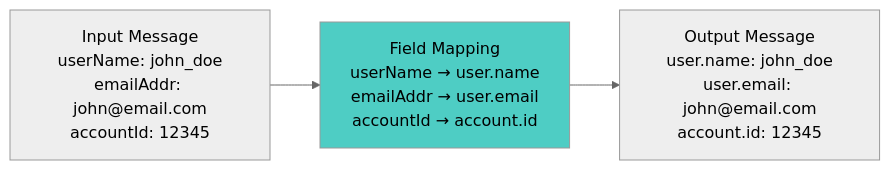
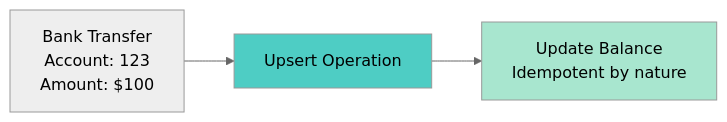
One commit to vorrawut/KafkaStarter changed the fourth of 6 diagrams in class/workshop/lesson_10/README.md. Above: the diagram before and after it, drawn with Mermaid (neutral theme). The commit also changed other lines of this file and 204 other files, not shown here.

````diff
--- a/class/workshop/lesson_10/README.md
+++ b/class/workshop/lesson_10/README.md
@@ -111,13 +132,8 @@
 ```mermaid
 graph LR
-    INPUT[Input Message<br/>userName: john_doe<br/>emailAddr: john@email.com<br/>accountId: 12345] 
+    TRANSFER[Bank Transfer<br/>Account: 123<br/>Amount: $100] --> UPSERT[Upsert Operation]
+    UPSERT --> BALANCE[Update Balance<br/>Idempotent by nature]
     
-    MAPPING[Field Mapping<br/>userName → user.name<br/>emailAddr → user.email<br/>accountId → account.id]
-    
-    OUTPUT[Output Message<br/>user.name: john_doe<br/>user.email: john@email.com<br/>account.id: 12345]
-    
-    INPUT --> MAPPING
-    MAPPING --> OUTPUT
-    
-    style MAPPING fill:#4ecdc4
+    style UPSERT fill:#4ecdc4
+    style BALANCE fill:#a8e6cf
 ```
````
